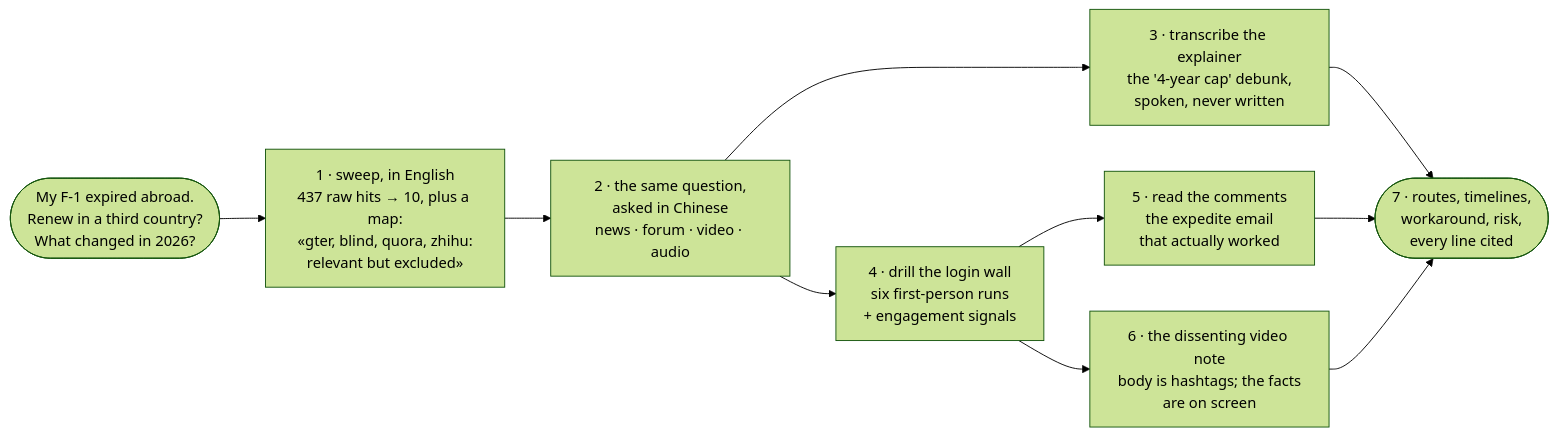
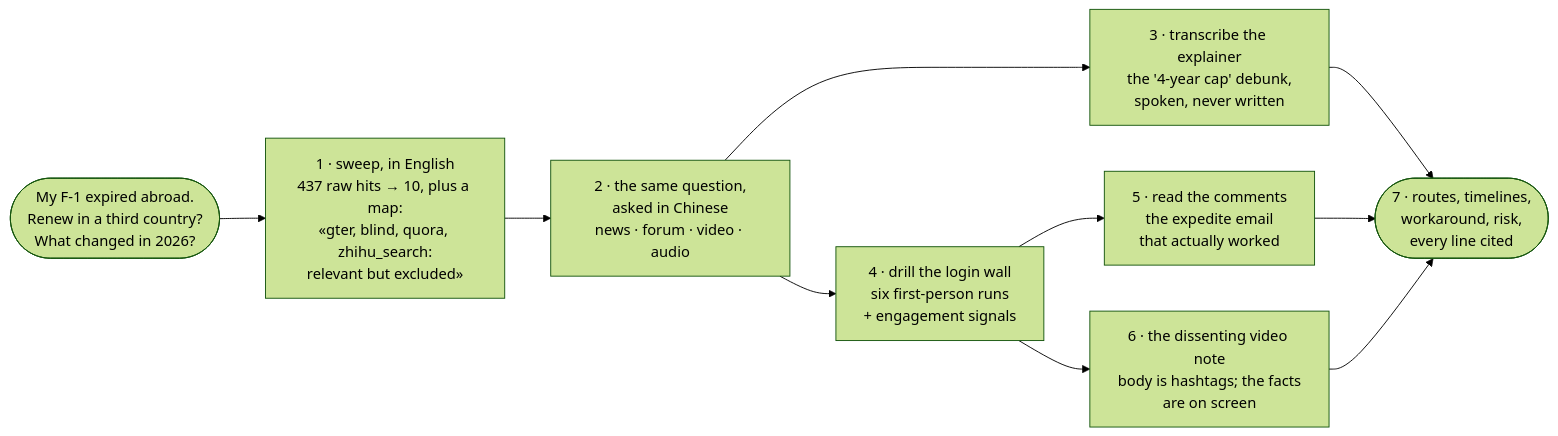
One commit to Battam1111/omniseek changed the first of 2 diagrams in docs/examples.md. Above: the diagram before and after it, drawn with Mermaid (forest theme). The commit also changed other lines of this file and 40 other files, not shown here.

````diff
--- a/docs/examples.md
+++ b/docs/examples.md
@@ -17,12 +17,12 @@
 ```mermaid
 flowchart LR
-    Q(["My F-1 expired abroad.<br/>Renew in a third country?<br/>What changed in 2026?"]) --> S["1 · sweep, in English<br/>437 raw hits → 10, plus a map:<br/>«gter, blind, quora, zhihu:<br/>relevant but excluded»"]
+    Q(["My F-1 expired abroad.<br/>Renew in a third country?<br/>What changed in 2026?"]) --> S["1 · sweep, in English<br/>437 raw hits → 10, plus a map:<br/>«gter, blind, quora, zhihu_search:<br/>relevant but excluded»"]
     S --> S2["2 · the same question,<br/>asked in Chinese<br/>news · forum · video · audio"]
     S2 --> T["3 · transcribe the explainer<br/>the '4-year cap' debunk,<br/>spoken, never written"]
     S2 --> D["4 · drill the login wall<br/>six first-person runs<br/>+ engagement signals"]
     D --> C["5 · read the comments<br/>the expedite email<br/>that actually worked"]
     D --> V["6 · the dissenting video note<br/>body is hashtags; the facts<br/>are on screen"]
     T --> A(["7 · routes, timelines,<br/>workaround, risk,<br/>every line cited"])
     C --> A
     V --> A
 ```
````
